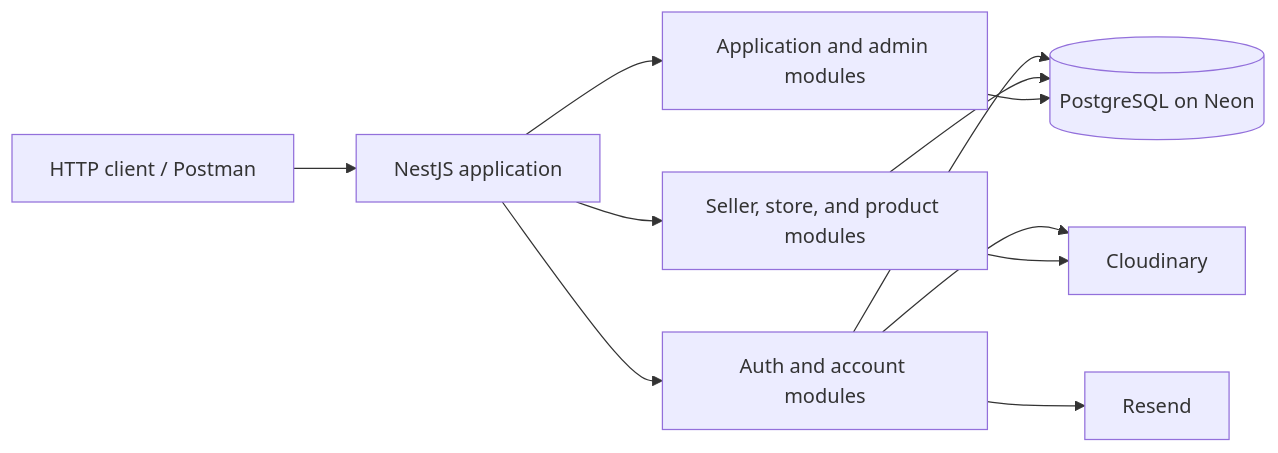
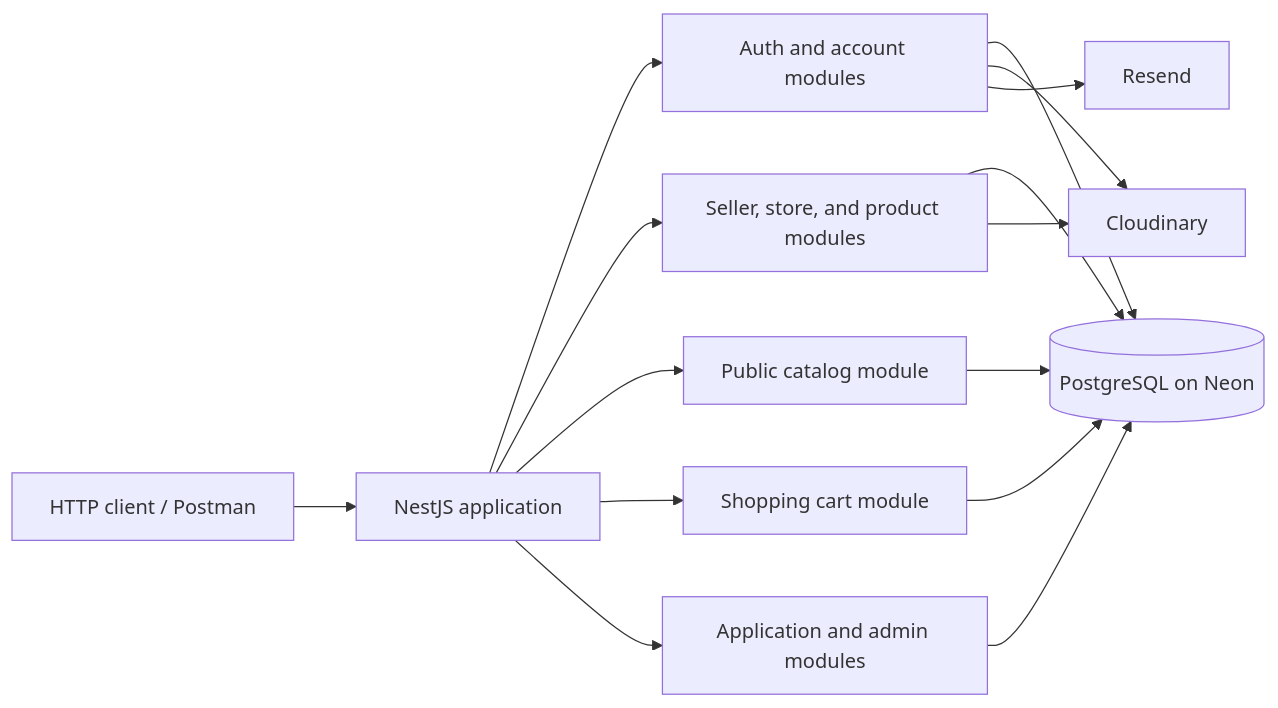
One commit to Yosf96633/nest-e-commerce changed the first of 4 diagrams in architecture.md. Above: the diagram before and after it, drawn with Mermaid. The commit also changed other lines of this file and 17 other files, not shown here.

First line of the commit message:
feat: add catalog and cart modules with related functionality

````diff
--- a/architecture.md
+++ b/architecture.md
@@ -9,22 +9,28 @@
 ```mermaid
 flowchart LR
     Client[HTTP client / Postman]
     API[NestJS application]
     Auth[Auth and account modules]
     Seller[Seller, store, and product modules]
+    Catalog[Public catalog module]
+    Cart[Shopping cart module]
     Admin[Application and admin modules]
     DB[(PostgreSQL on Neon)]
     Cloudinary[Cloudinary]
     Resend[Resend]
 
     Client --> API
     API --> Auth
     API --> Seller
+    API --> Catalog
+    API --> Cart
     API --> Admin
     Auth --> DB
     Seller --> DB
+    Catalog --> DB
+    Cart --> DB
     Admin --> DB
     Auth --> Cloudinary
     Seller --> Cloudinary
     Auth --> Resend
 ```
````
